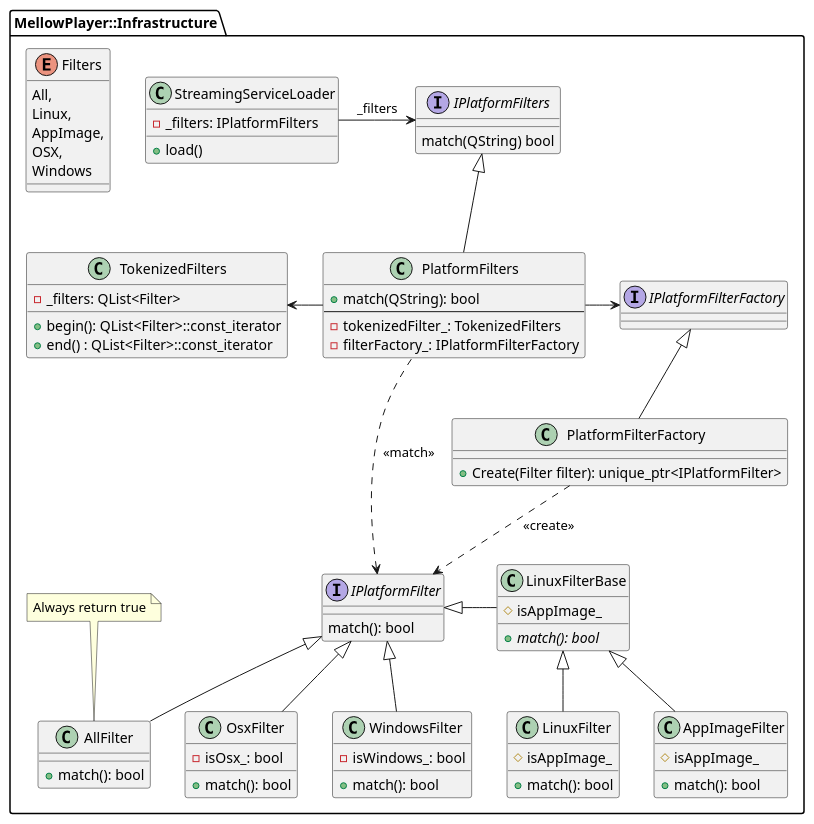
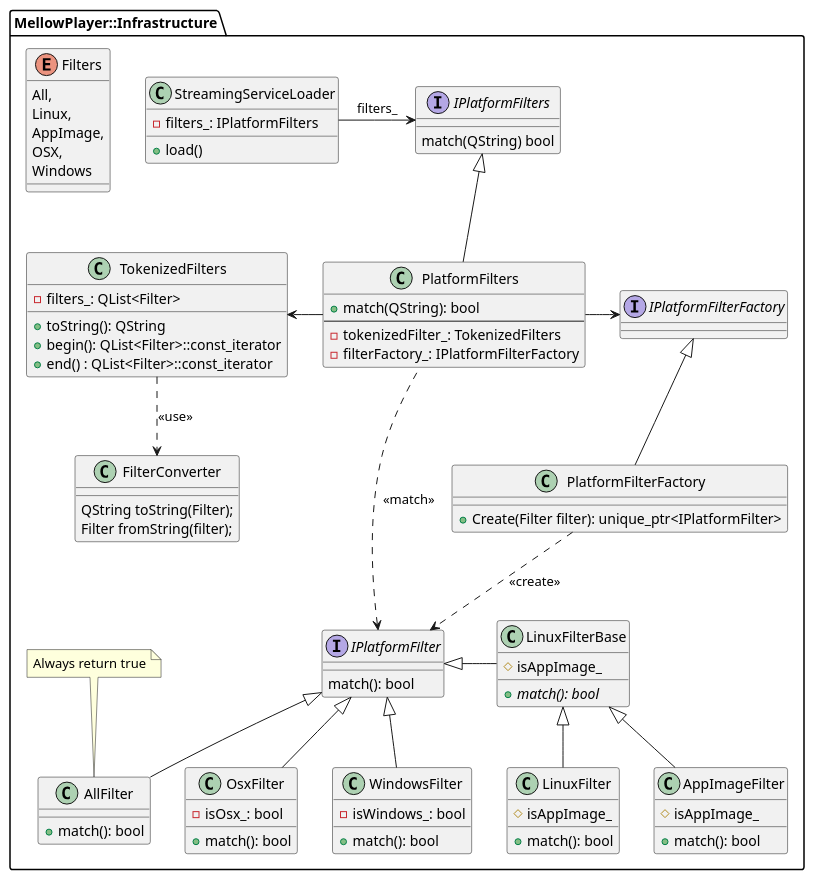
The diagram in docs/developers/PlantUml/FilterPluginsByPlatform.puml (ColinDuquesnoy/MellowPlayer), drawn with PlantUML before and after one commit. The commit also changed 7 other files, not shown here.

Commit message:
#115 TokenizedFilters

```diff
--- a/docs/developers/PlantUml/FilterPluginsByPlatform.puml
+++ b/docs/developers/PlantUml/FilterPluginsByPlatform.puml
@@ -1,91 +1,98 @@
 @startuml
 
 package MellowPlayer::Infrastructure {
     class StreamingServiceLoader {
         + load()
-        - _filters: IPlatformFilters
+        - filters_: IPlatformFilters
     }
-    StreamingServiceLoader -right-> IPlatformFilters: _filters
+    StreamingServiceLoader -right-> IPlatformFilters: filters_
 
     interface IPlatformFilters {
         match(QString) bool
     }
 
     enum Filters {
         All,
         Linux,
         AppImage,
         OSX,
         Windows
     }
 
+    class FilterConverter {
+        QString toString(Filter);
+        Filter fromString(filter);
+    }
+
     class TokenizedFilters {
-        - _filters: QList<Filter>
+        - filters_: QList<Filter>
+        + toString(): QString
         + begin(): QList<Filter>::const_iterator
         + end() : QList<Filter>::const_iterator
     }
+    TokenizedFilters ..> FilterConverter: <<use>>
 
     interface IPlatformFilterFactory
 
     class PlatformFilterFactory {
         + Create(Filter filter): unique_ptr<IPlatformFilter>
     }
     IPlatformFilterFactory <|-- PlatformFilterFactory
     PlatformFilterFactory ..> IPlatformFilter: <<create>>
 
     class PlatformFilters {
         + match(QString): bool
         --
         - tokenizedFilter_: TokenizedFilters
         - filterFactory_: IPlatformFilterFactory
     }
     IPlatformFilters <|-- PlatformFilters
     PlatformFilters -left-> TokenizedFilters
     PlatformFilters -right-> IPlatformFilterFactory
 
     PlatformFilters .left.> IPlatformFilter: <<match>>
 
     interface IPlatformFilter {
          match(): bool
     }
 
     class AllFilter {
         + match(): bool
     }
     IPlatformFilter <|-- AllFilter
     note top
     Always return true
     end note
 
     class LinuxFilterBase {
         # isAppImage_
         + {abstract} match(): bool
     }
     IPlatformFilter <|-right- LinuxFilterBase
 
     class LinuxFilter {
         # isAppImage_
         + match(): bool
     }
     LinuxFilterBase <|-- LinuxFilter
 
     class AppImageFilter {
         # isAppImage_
         + match(): bool
     }
     LinuxFilterBase <|-- AppImageFilter
 
     class OsxFilter {
         - isOsx_: bool
         + match(): bool
     }
     IPlatformFilter <|-- OsxFilter
 
     class WindowsFilter  {
         - isWindows_: bool
         + match(): bool
     }
     IPlatformFilter <|-- WindowsFilter
 }
 
 @enduml
```
